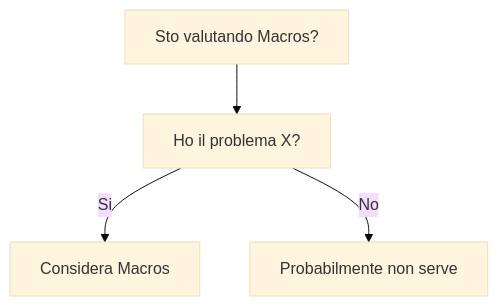
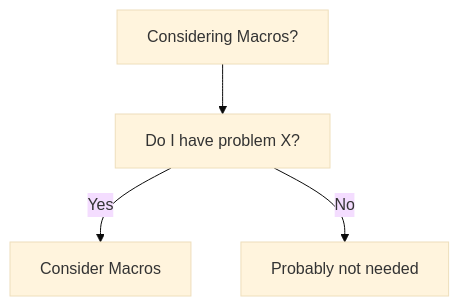
One commit to HxT9/Software-Dev-Wiki changed the diagram in dev-wiki/14_Languages/Rust/Macros/When_To_Use.md. Above: the diagram before and after it, drawn with Mermaid (base theme). The commit also changed other lines of this file and 3444 other files, not shown here.

````diff
--- a/dev-wiki/14_Languages/Rust/Macros/When_To_Use.md
+++ b/dev-wiki/14_Languages/Rust/Macros/When_To_Use.md
@@ -19,6 +19,6 @@
 ```mermaid
 flowchart TD
-  Q[Sto valutando Macros?] --> Q1[Ho il problema X?]
-  Q1 -->|Si| OK[Considera Macros]
-  Q1 -->|No| NO[Probabilmente non serve]
+  Q[Considering Macros?] --> Q1[Do I have problem X?]
+  Q1 -->|Yes| OK[Consider Macros]
+  Q1 -->|No| NO[Probably not needed]
 ```
````
